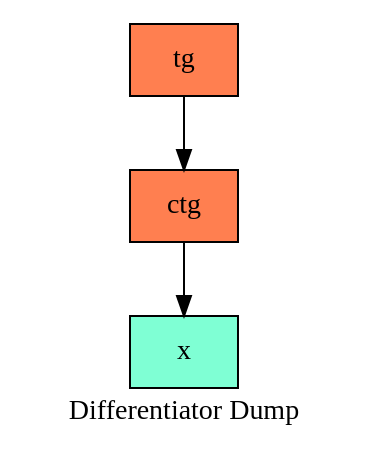
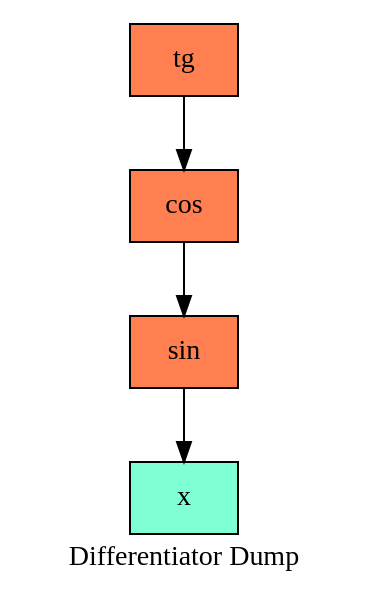
One commit to aidenfmunro/Differentiator changed the diagram in log/dot/treegraph_0.dot. Above: the diagram before and after it, drawn with Graphviz. The commit also changed 10 other files, not shown here.

```diff
--- a/log/dot/treegraph_0.dot
+++ b/log/dot/treegraph_0.dot
@@ -1,11 +1,13 @@
   digraph tree  {
   node[   shape     = "Mrecord",  style     = "filled",  fillcolor = "aqua",  fontcolor = "#000000",  margin    = "0.075"];
   rankdir   = "TB";
 
   label     = "Differentiator Dump";
 "node0" [shape = "record", label = "{tg}", fillcolor = "coral"]
-"node1" [shape = "record", label = "{ctg}", fillcolor = "coral"]
-"node2" [shape = "record", label = "{x}", fillcolor = "aquamarine"]
+"node1" [shape = "record", label = "{cos}", fillcolor = "coral"]
+"node2" [shape = "record", label = "{sin}", fillcolor = "coral"]
+"node3" [shape = "record", label = "{x}", fillcolor = "aquamarine"]
+"node2" -> "node3"
 "node1" -> "node2"
 "node0" -> "node1"
   }
```
